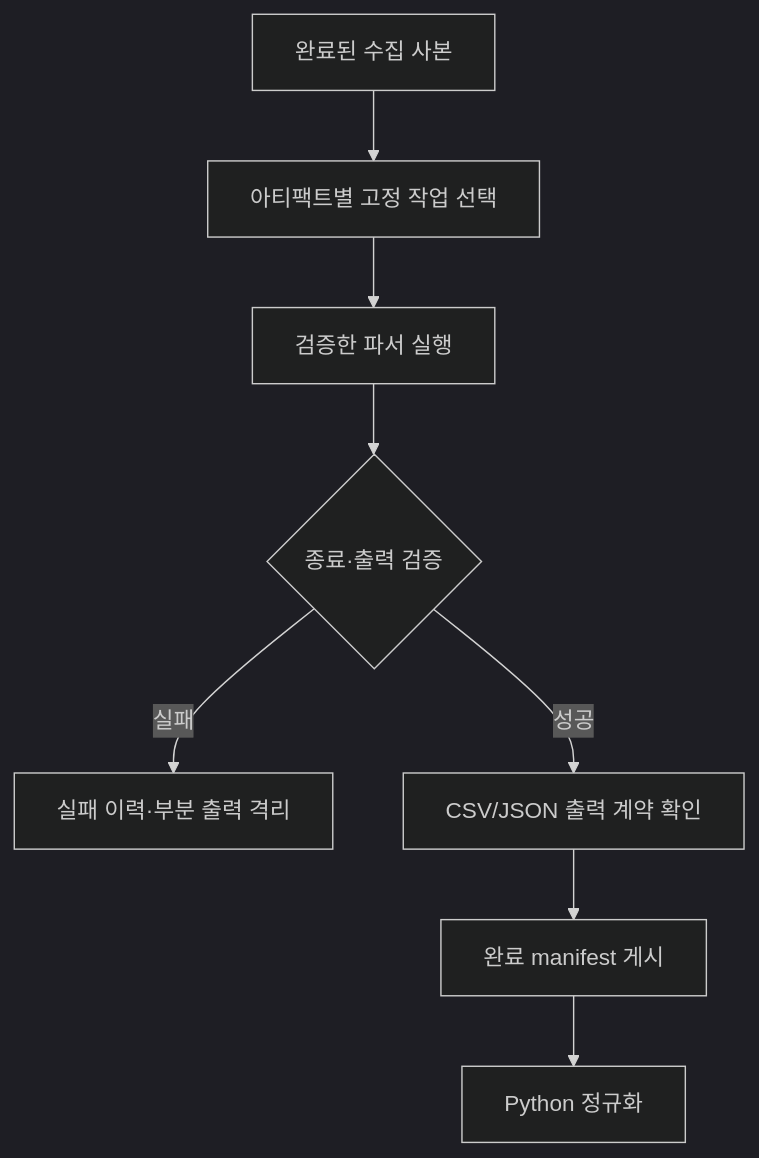
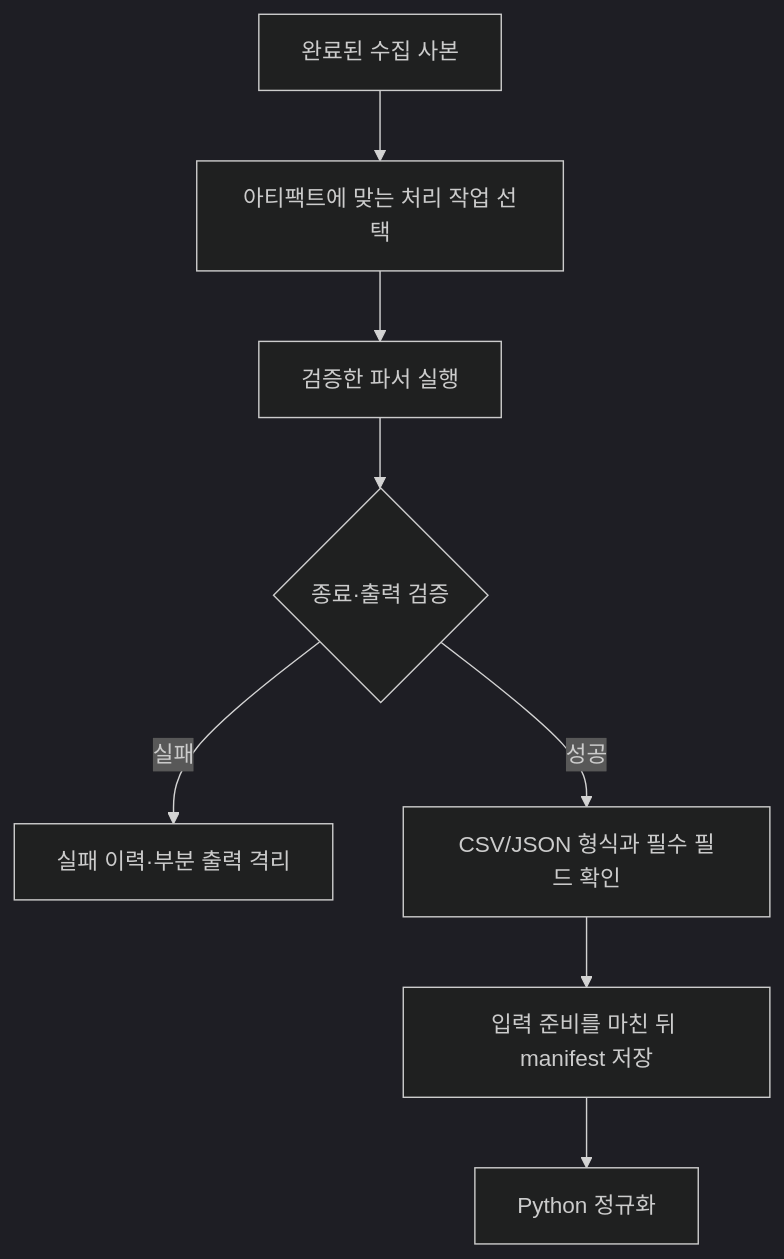
The diagram in 13-python-automate/13-3-web-collection.md (zxz3650/Python), drawn with Mermaid (dark theme) before and after one commit. The commit also changed other lines of this file and 13 other files, not shown here.

````diff
--- a/13-python-automate/13-3-web-collection.md
+++ b/13-python-automate/13-3-web-collection.md
@@ -36,10 +36,10 @@
 ```mermaid
 flowchart TD
-    A["완료된 수집 사본"] --> B["아티팩트별 고정 작업 선택"]
+    A["완료된 수집 사본"] --> B["아티팩트에 맞는 처리 작업 선택"]
     B --> C["검증한 파서 실행"]
     C --> D{"종료·출력 검증"}
     D -- "실패" --> E["실패 이력·부분 출력 격리"]
-    D -- "성공" --> F["CSV/JSON 출력 계약 확인"]
-    F --> G["완료 manifest 게시"]
+    D -- "성공" --> F["CSV/JSON 형식과 필수 필드 확인"]
+    F --> G["입력 준비를 마친 뒤 manifest 저장"]
     G --> H["Python 정규화"]
 ```
````
